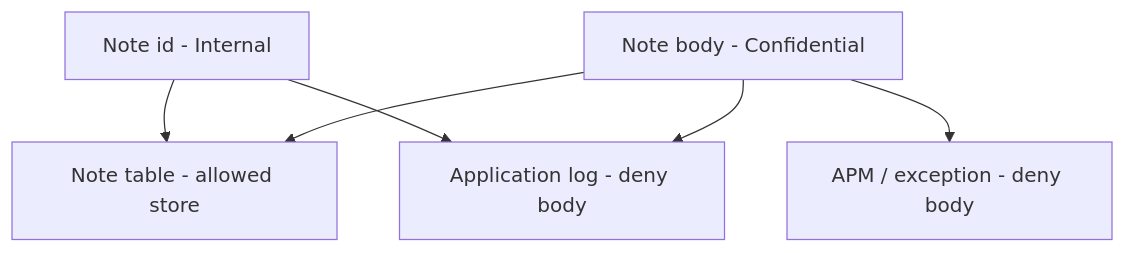
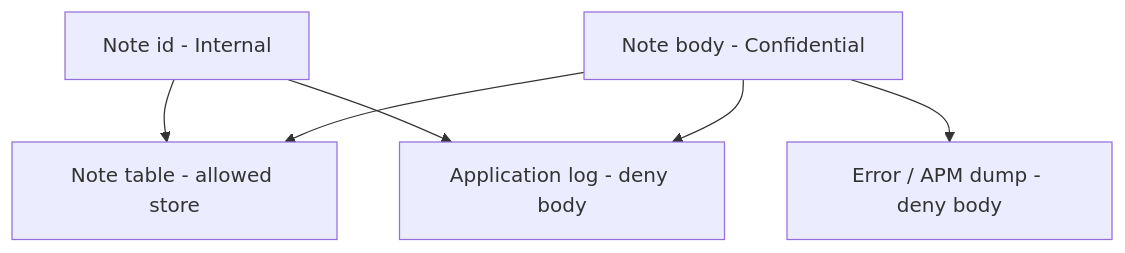
One commit to ishitvagoel/LearnSecurity changed the first of 2 diagrams in content/modules/3/3.1/lessons/01-property.md. Above: the diagram before and after it, drawn with Mermaid. The commit also changed other lines of this file and 31 other files, not shown here.

````diff
--- a/content/modules/3/3.1/lessons/01-property.md
+++ b/content/modules/3/3.1/lessons/01-property.md
@@ -19,8 +24,8 @@
 ```mermaid
 flowchart TD
   Body["Note body - Confidential"] --> Table["Note table - allowed store"]
   Body --> Log["Application log - deny body"]
-  Body --> APM["APM / exception - deny body"]
+  Body --> APM["Error / APM dump - deny body"]
   Id["Note id - Internal"] --> Log
   Id --> Table
 ```
````
